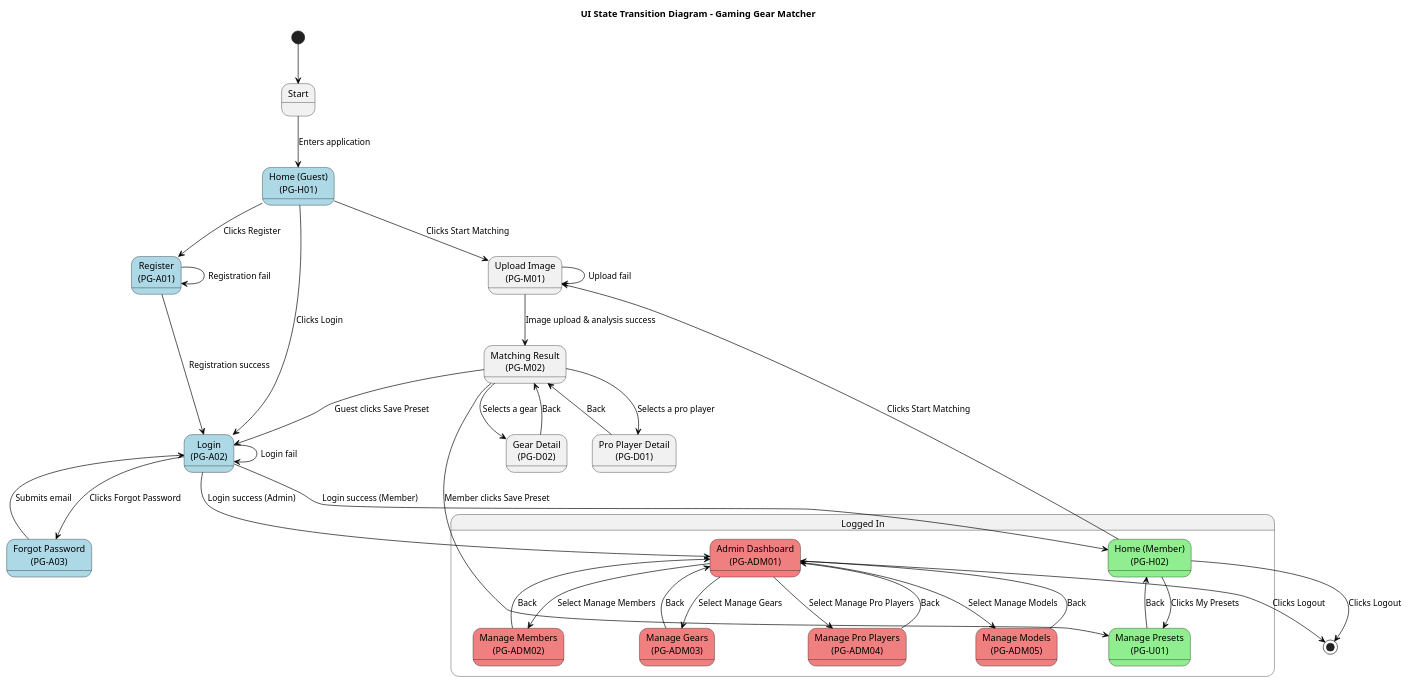
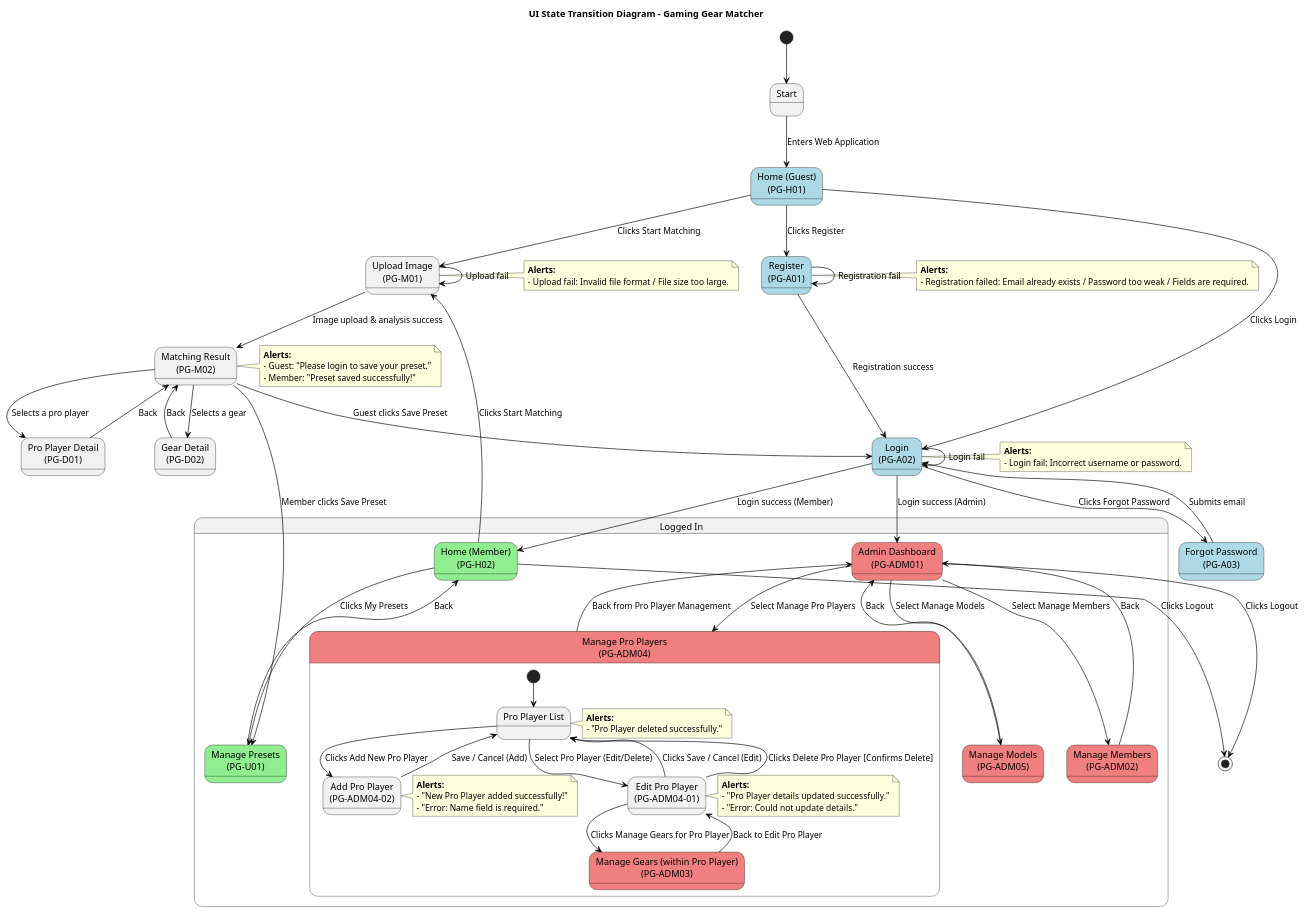
One commit to frukcharkrit/Gaming-Gear-Matcher-Project changed the diagram in Diagram/UIStateDiagram.puml. Above: the diagram before and after it, drawn with PlantUML. The commit also changed 30 other files, not shown here.

```diff
--- a/Diagram/UIStateDiagram.puml
+++ b/Diagram/UIStateDiagram.puml
@@ -1,85 +1,130 @@
 @startuml
 title UI State Transition Diagram - Gaming Gear Matcher
 
 skinparam state {
   BackgroundColor<<Guest>> LightBlue
   BackgroundColor<<Member>> LightGreen
   BackgroundColor<<Admin>> LightCoral
   BorderColor black
   ArrowColor black
 }
 
 [*] --> S_Start
 
 state "Start" as S_Start
 state "Home (Guest)\n(PG-H01)" as S_Home_Guest <<Guest>>
 state "Register\n(PG-A01)" as S_Register <<Guest>>
+note right of S_Register
+  **Alerts:**
+  - Registration failed: Email already exists / Password too weak / Fields are required.
+end note
 state "Login\n(PG-A02)" as S_Login <<Guest>>
+note right of S_Login
+  **Alerts:**
+  - Login fail: Incorrect username or password.
+end note
 state "Forgot Password\n(PG-A03)" as S_Forgot_Pwd <<Guest>>
 state "Upload Image\n(PG-M01)" as S_Upload
+note right of S_Upload
+  **Alerts:**
+  - Upload fail: Invalid file format / File size too large.
+end note
 state "Matching Result\n(PG-M02)" as S_Result
+note right of S_Result
+  **Alerts:**
+  - Guest: "Please login to save your preset."
+  - Member: "Preset saved successfully!"
+end note
 state "Gear Detail\n(PG-D02)" as S_Gear_Detail
 state "Pro Player Detail\n(PG-D01)" as S_Pro_Detail
 
 state "Logged In" as S_Logged_In {
   state "Home (Member)\n(PG-H02)" as S_Home_Member <<Member>>
   state "Manage Presets\n(PG-U01)" as S_Manage_Presets <<Member>>
   state "Admin Dashboard\n(PG-ADM01)" as S_Admin_Dashboard <<Admin>>
   state "Manage Members\n(PG-ADM02)" as S_Admin_Members <<Admin>>
-  state "Manage Gears\n(PG-ADM03)" as S_Admin_Gears <<Admin>>
-  state "Manage Pro Players\n(PG-ADM04)" as S_Admin_Pro <<Admin>>
+
+  state "Manage Pro Players\n(PG-ADM04)" as S_Admin_Pro <<Admin>> {
+    state "Pro Player List" as S_Pro_List
+    note right of S_Pro_List
+      **Alerts:**
+      - "Pro Player deleted successfully."
+    end note
+    state "Add Pro Player\n(PG-ADM04-02)" as S_Add_Pro_Player
+    note right of S_Add_Pro_Player
+      **Alerts:**
+      - "New Pro Player added successfully!"
+      - "Error: Name field is required."
+    end note
+    state "Edit Pro Player\n(PG-ADM04-01)" as S_Edit_Pro_Player
+    note right of S_Edit_Pro_Player
+      **Alerts:**
+      - "Pro Player details updated successfully."
+      - "Error: Could not update details."
+    end note
+    state "Manage Gears (within Pro Player)\n(PG-ADM03)" as S_Admin_Gears <<Admin>>
+
+    [*] --> S_Pro_List
+
+    S_Pro_List --> S_Add_Pro_Player : Clicks Add New Pro Player
+    S_Add_Pro_Player --> S_Pro_List : Save / Cancel (Add)
+
+    S_Pro_List --> S_Edit_Pro_Player : Select Pro Player (Edit/Delete)
+    S_Edit_Pro_Player --> S_Admin_Gears : Clicks Manage Gears for Pro Player
+    S_Admin_Gears --> S_Edit_Pro_Player : Back to Edit Pro Player
+    S_Edit_Pro_Player --> S_Pro_List : Clicks Save / Cancel (Edit)
+    S_Edit_Pro_Player --> S_Pro_List : Clicks Delete Pro Player [Confirms Delete]
+  }
+
   state "Manage Models\n(PG-ADM05)" as S_Admin_Models <<Admin>>
 }
 
-S_Start --> S_Home_Guest : Enters application
+S_Start --> S_Home_Guest : Enters Web Application
 
 ' --- Guest Flow ---
 S_Home_Guest --> S_Login : Clicks Login
 S_Home_Guest --> S_Register : Clicks Register
 S_Home_Guest --> S_Upload : Clicks Start Matching
 
 S_Login --> S_Forgot_Pwd : Clicks Forgot Password
 S_Forgot_Pwd --> S_Login : Submits email
 
 S_Register --> S_Login : Registration success
 S_Register --> S_Register : Registration fail
 
 S_Login --> S_Home_Member : Login success (Member)
 S_Login --> S_Admin_Dashboard : Login success (Admin)
 S_Login --> S_Login : Login fail
 
 ' --- Matching Flow (Guest & Member) ---
 S_Upload --> S_Result : Image upload & analysis success
 S_Upload --> S_Upload : Upload fail
 S_Home_Member --> S_Upload : Clicks Start Matching
 
 S_Result --> S_Gear_Detail : Selects a gear
 S_Gear_Detail --> S_Result : Back
 
 S_Result --> S_Pro_Detail : Selects a pro player
 S_Pro_Detail --> S_Result : Back
 
 ' --- Member Flow ---
 S_Home_Member --> S_Manage_Presets : Clicks My Presets
 S_Manage_Presets --> S_Home_Member : Back
 
 S_Result --> S_Login : Guest clicks Save Preset
 S_Result --> S_Manage_Presets : Member clicks Save Preset
 S_Home_Member --> [*] : Clicks Logout
 
 ' --- Admin Flow ---
 S_Admin_Dashboard --> S_Admin_Members : Select Manage Members
 S_Admin_Members --> S_Admin_Dashboard : Back
 
-S_Admin_Dashboard --> S_Admin_Gears : Select Manage Gears
-S_Admin_Gears --> S_Admin_Dashboard : Back
-
 S_Admin_Dashboard --> S_Admin_Pro : Select Manage Pro Players
-S_Admin_Pro --> S_Admin_Dashboard : Back
+S_Admin_Pro --> S_Admin_Dashboard : Back from Pro Player Management
 
 S_Admin_Dashboard --> S_Admin_Models : Select Manage Models
 S_Admin_Models --> S_Admin_Dashboard : Back
 
 S_Admin_Dashboard --> [*] : Clicks Logout
 
 @enduml
```
